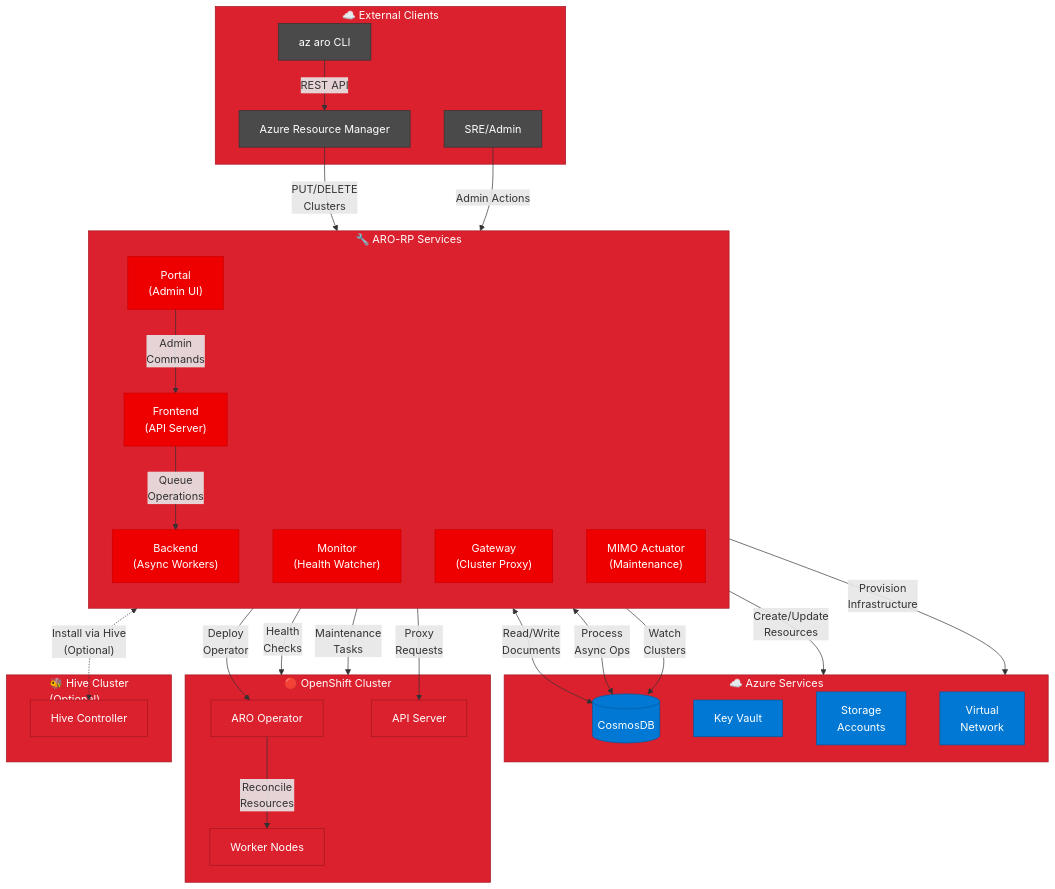
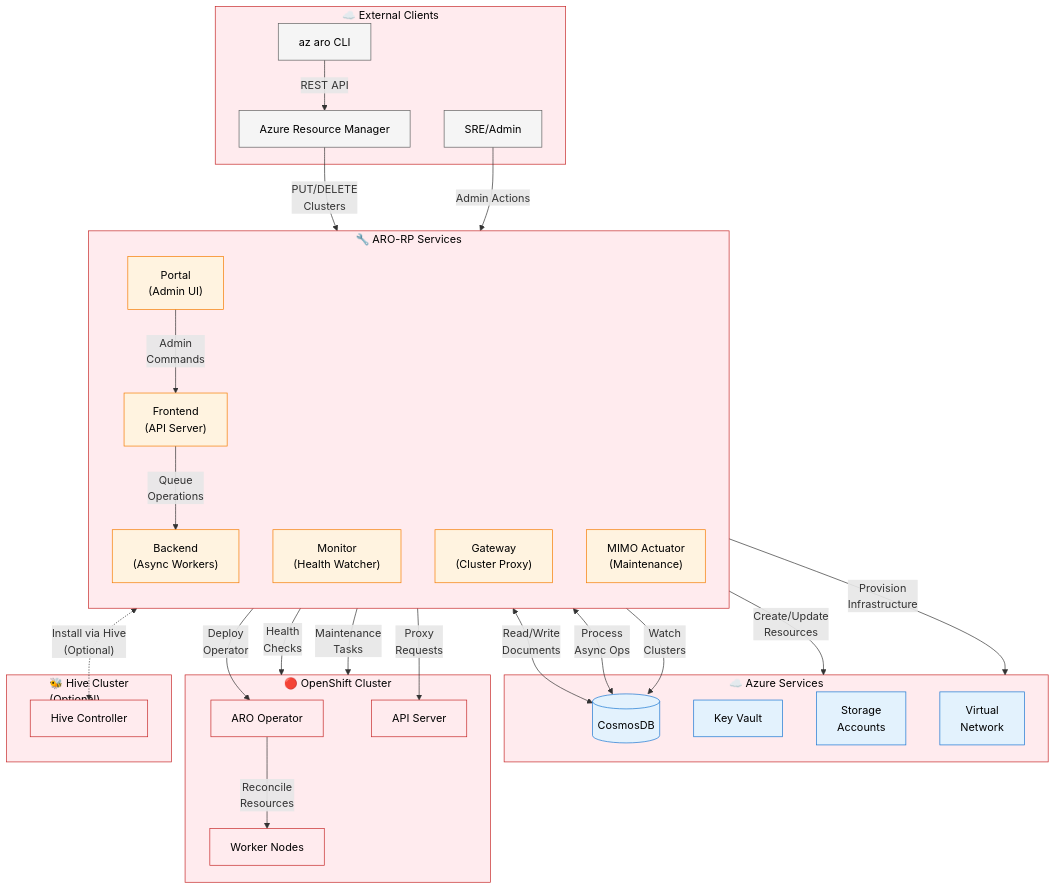
The first of 3 diagrams in docs/architecture-diagrams.md (Azure/ARO-RP), drawn with Mermaid before and after one commit. The commit also changed other lines of this file, not shown here.

````diff
--- a/docs/architecture-diagrams.md
+++ b/docs/architecture-diagrams.md
@@ -23,68 +23,68 @@
 ```mermaid
 flowchart TB
     subgraph External["☁️ External Clients"]
         ARM["Azure Resource Manager"]
         CLI["az aro CLI"]
         SRE["SRE/Admin"]
     end
 
     subgraph AroRP["🔧 ARO-RP Services"]
         direction TB
         FE["Frontend<br/>(API Server)"]
         BE["Backend<br/>(Async Workers)"]
         MON["Monitor<br/>(Health Watcher)"]
         GW["Gateway<br/>(Cluster Proxy)"]
         PORTAL["Portal<br/>(Admin UI)"]
         MIMO["MIMO Actuator<br/>(Maintenance)"]
     end
 
     subgraph Azure["☁️ Azure Services"]
         COSMOS[("CosmosDB")]
         KV["Key Vault"]
         STORAGE["Storage<br/>Accounts"]
         VNET["Virtual<br/>Network"]
     end
 
     subgraph Cluster["🔴 OpenShift Cluster"]
         OPERATOR["ARO Operator"]
         API["API Server"]
         NODES["Worker Nodes"]
     end
 
     subgraph HiveCluster["🐝 Hive Cluster<br/>(Optional)"]
         HIVE["Hive Controller"]
     end
 
     %% External connections
     ARM -->|"PUT/DELETE<br/>Clusters"| FE
     CLI -->|"REST API"| ARM
     SRE -->|"Admin Actions"| PORTAL
 
     %% Internal RP flow
     FE <-->|"Read/Write<br/>Documents"| COSMOS
     FE -->|"Queue<br/>Operations"| BE
     BE <-->|"Process<br/>Async Ops"| COSMOS
     BE -->|"Create/Update<br/>Resources"| Azure
     BE <-.->|"Install via Hive<br/>(Optional)"| HIVE
     MON -->|"Watch<br/>Clusters"| COSMOS
     MON -->|"Health<br/>Checks"| Cluster
     GW -->|"Proxy<br/>Requests"| API
     PORTAL -->|"Admin<br/>Commands"| FE
     MIMO -->|"Maintenance<br/>Tasks"| Cluster
 
     %% Cluster connections
     BE -->|"Deploy<br/>Operator"| OPERATOR
     OPERATOR -->|"Reconcile<br/>Resources"| NODES
     BE -->|"Provision<br/>Infrastructure"| Azure
 
     %% Styling
-    classDef azure fill:#0078D4,stroke:#005A9E,color:white
-    classDef aro fill:#EE0000,stroke:#CC0000,color:white
-    classDef external fill:#4A4A4A,stroke:#333,color:white
-    classDef cluster fill:#DB212E,stroke:#A31621,color:white
+    classDef azure fill:#E3F2FD,stroke:#1976D2,color:#000
+    classDef aro fill:#FFF3E0,stroke:#F57C00,color:#000
+    classDef external fill:#F5F5F5,stroke:#616161,color:#000
+    classDef cluster fill:#FFEBEE,stroke:#C62828,color:#000
 
     class ARM,CLI,SRE external
     class FE,BE,MON,GW,PORTAL,MIMO aro
     class COSMOS,KV,STORAGE,VNET azure
     class OPERATOR,API,NODES,HIVE cluster
 ```
````
